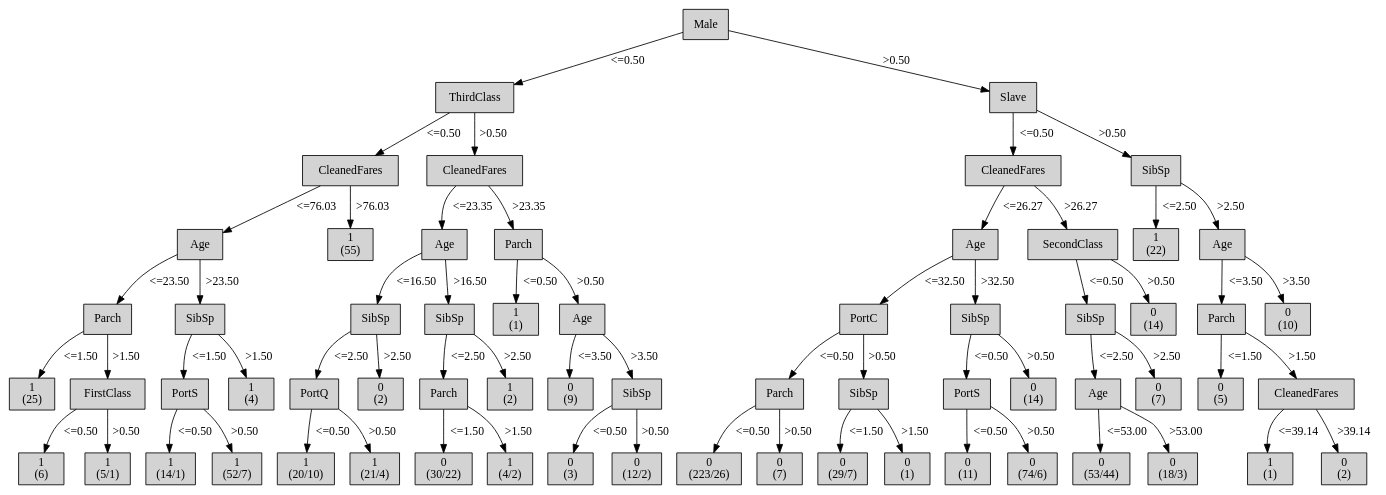
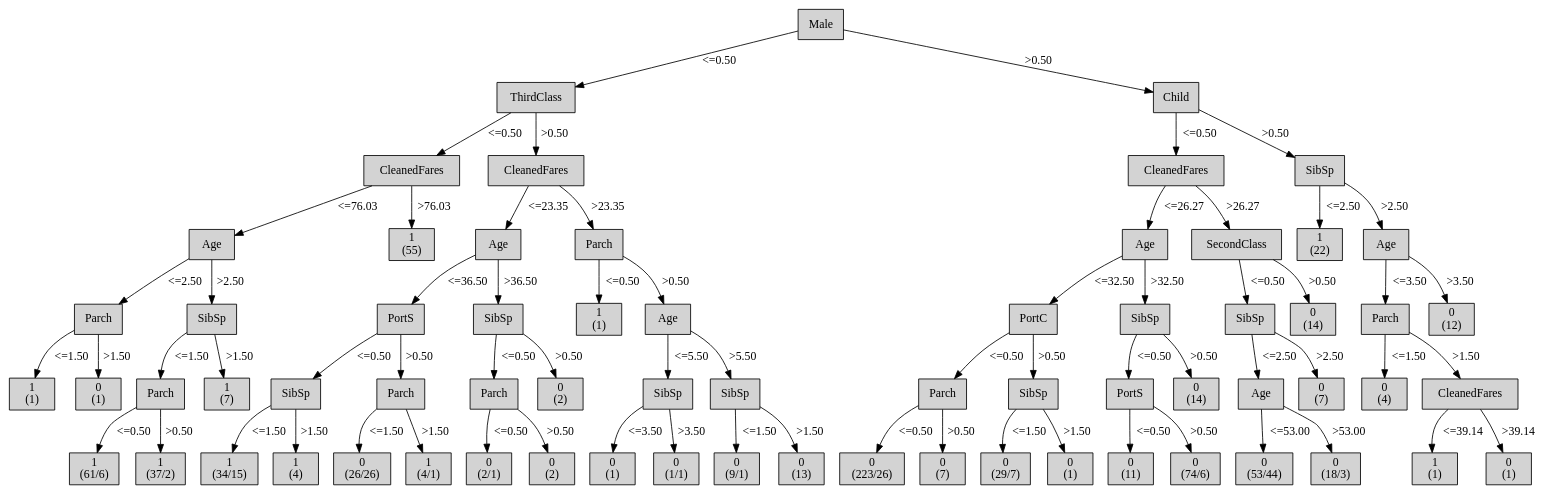
Before and after one commit to mklb/BI-Python3: the diagram in output/tree-generator-6/tree.dot, drawn with Graphviz. The commit also changed 14 other files, not shown here.

Commit message:
slave -> child

```diff
--- a/output/tree-generator-6/tree.dot
+++ b/output/tree-generator-6/tree.dot
@@ -12,89 +12,89 @@
 2 -> 3 [ label = "<=76.03"];
 "4" [shape=box, style=filled, label="Parch
 ", weight=5]
-3 -> 4 [ label = "<=23.50"];
+3 -> 4 [ label = "<=2.50"];
 "5" [shape=box, style=filled, label="1
-(25)
+(1)
 ", weight=6]
 4 -> 5 [ label = "<=1.50"];
-"6" [shape=box, style=filled, label="FirstClass
+"6" [shape=box, style=filled, label="0
+(1)
 ", weight=6]
 4 -> 6 [ label = ">1.50"];
-"7" [shape=box, style=filled, label="1
-(6)
+"7" [shape=box, style=filled, label="SibSp
+", weight=5]
+3 -> 7 [ label = ">2.50"];
+"8" [shape=box, style=filled, label="Parch
+", weight=6]
+7 -> 8 [ label = "<=1.50"];
+"9" [shape=box, style=filled, label="1
+(61/6)
 ", weight=7]
-6 -> 7 [ label = "<=0.50"];
-"8" [shape=box, style=filled, label="1
-(5/1)
+8 -> 9 [ label = "<=0.50"];
+"10" [shape=box, style=filled, label="1
+(37/2)
 ", weight=7]
-6 -> 8 [ label = ">0.50"];
-"9" [shape=box, style=filled, label="SibSp
-", weight=5]
-3 -> 9 [ label = ">23.50"];
-"10" [shape=box, style=filled, label="PortS
+8 -> 10 [ label = ">0.50"];
+"11" [shape=box, style=filled, label="1
+(7)
 ", weight=6]
-9 -> 10 [ label = "<=1.50"];
-"11" [shape=box, style=filled, label="1
-(14/1)
-", weight=7]
-10 -> 11 [ label = "<=0.50"];
+7 -> 11 [ label = ">1.50"];
 "12" [shape=box, style=filled, label="1
-(52/7)
-", weight=7]
-10 -> 12 [ label = ">0.50"];
-"13" [shape=box, style=filled, label="1
-(4)
-", weight=6]
-9 -> 13 [ label = ">1.50"];
-"14" [shape=box, style=filled, label="1
 (55)
 ", weight=4]
-2 -> 14 [ label = ">76.03"];
-"15" [shape=box, style=filled, label="CleanedFares
+2 -> 12 [ label = ">76.03"];
+"13" [shape=box, style=filled, label="CleanedFares
 ", weight=3]
-1 -> 15 [ label = ">0.50"];
-"16" [shape=box, style=filled, label="Age
+1 -> 13 [ label = ">0.50"];
+"14" [shape=box, style=filled, label="Age
 ", weight=4]
-15 -> 16 [ label = "<=23.35"];
-"17" [shape=box, style=filled, label="SibSp
+13 -> 14 [ label = "<=23.35"];
+"15" [shape=box, style=filled, label="PortS
 ", weight=5]
-16 -> 17 [ label = "<=16.50"];
-"18" [shape=box, style=filled, label="PortQ
+14 -> 15 [ label = "<=36.50"];
+"16" [shape=box, style=filled, label="SibSp
 ", weight=6]
-17 -> 18 [ label = "<=2.50"];
-"19" [shape=box, style=filled, label="1
-(20/10)
+15 -> 16 [ label = "<=0.50"];
+"17" [shape=box, style=filled, label="1
+(34/15)
 ", weight=7]
-18 -> 19 [ label = "<=0.50"];
-"20" [shape=box, style=filled, label="1
-(21/4)
+16 -> 17 [ label = "<=1.50"];
+"18" [shape=box, style=filled, label="1
+(4)
 ", weight=7]
-18 -> 20 [ label = ">0.50"];
-"21" [shape=box, style=filled, label="0
+16 -> 18 [ label = ">1.50"];
+"19" [shape=box, style=filled, label="Parch
+", weight=6]
+15 -> 19 [ label = ">0.50"];
+"20" [shape=box, style=filled, label="0
+(26/26)
+", weight=7]
+19 -> 20 [ label = "<=1.50"];
+"21" [shape=box, style=filled, label="1
+(4/1)
+", weight=7]
+19 -> 21 [ label = ">1.50"];
+"22" [shape=box, style=filled, label="SibSp
+", weight=5]
+14 -> 22 [ label = ">36.50"];
+"23" [shape=box, style=filled, label="Parch
+", weight=6]
+22 -> 23 [ label = "<=0.50"];
+"24" [shape=box, style=filled, label="0
+(2/1)
+", weight=7]
+23 -> 24 [ label = "<=0.50"];
+"25" [shape=box, style=filled, label="0
+(2)
+", weight=7]
+23 -> 25 [ label = ">0.50"];
+"26" [shape=box, style=filled, label="0
 (2)
 ", weight=6]
-17 -> 21 [ label = ">2.50"];
-"22" [shape=box, style=filled, label="SibSp
-", weight=5]
-16 -> 22 [ label = ">16.50"];
-"23" [shape=box, style=filled, label="Parch
-", weight=6]
-22 -> 23 [ label = "<=2.50"];
-"24" [shape=box, style=filled, label="0
-(30/22)
-", weight=7]
-23 -> 24 [ label = "<=1.50"];
-"25" [shape=box, style=filled, label="1
-(4/2)
-", weight=7]
-23 -> 25 [ label = ">1.50"];
-"26" [shape=box, style=filled, label="1
-(2)
-", weight=6]
-22 -> 26 [ label = ">2.50"];
+22 -> 26 [ label = ">0.50"];
 "27" [shape=box, style=filled, label="Parch
 ", weight=4]
-15 -> 27 [ label = ">23.35"];
+13 -> 27 [ label = ">23.35"];
 "28" [shape=box, style=filled, label="1
 (1)
 ", weight=5]
@@ -102,135 +102,142 @@
 "29" [shape=box, style=filled, label="Age
 ", weight=5]
 27 -> 29 [ label = ">0.50"];
-"30" [shape=box, style=filled, label="0
-(9)
+"30" [shape=box, style=filled, label="SibSp
 ", weight=6]
-29 -> 30 [ label = "<=3.50"];
-"31" [shape=box, style=filled, label="SibSp
+29 -> 30 [ label = "<=5.50"];
+"31" [shape=box, style=filled, label="0
+(1)
+", weight=7]
+30 -> 31 [ label = "<=3.50"];
+"32" [shape=box, style=filled, label="0
+(1/1)
+", weight=7]
+30 -> 32 [ label = ">3.50"];
+"33" [shape=box, style=filled, label="SibSp
 ", weight=6]
-29 -> 31 [ label = ">3.50"];
-"32" [shape=box, style=filled, label="0
-(3)
+29 -> 33 [ label = ">5.50"];
+"34" [shape=box, style=filled, label="0
+(9/1)
 ", weight=7]
-31 -> 32 [ label = "<=0.50"];
-"33" [shape=box, style=filled, label="0
-(12/2)
+33 -> 34 [ label = "<=1.50"];
+"35" [shape=box, style=filled, label="0
+(13)
 ", weight=7]
-31 -> 33 [ label = ">0.50"];
-"34" [shape=box, style=filled, label="Slave
+33 -> 35 [ label = ">1.50"];
+"36" [shape=box, style=filled, label="Child
 ", weight=2]
-0 -> 34 [ label = ">0.50"];
-"35" [shape=box, style=filled, label="CleanedFares
+0 -> 36 [ label = ">0.50"];
+"37" [shape=box, style=filled, label="CleanedFares
 ", weight=3]
-34 -> 35 [ label = "<=0.50"];
-"36" [shape=box, style=filled, label="Age
+36 -> 37 [ label = "<=0.50"];
+"38" [shape=box, style=filled, label="Age
 ", weight=4]
-35 -> 36 [ label = "<=26.27"];
-"37" [shape=box, style=filled, label="PortC
+37 -> 38 [ label = "<=26.27"];
+"39" [shape=box, style=filled, label="PortC
 ", weight=5]
-36 -> 37 [ label = "<=32.50"];
-"38" [shape=box, style=filled, label="Parch
+38 -> 39 [ label = "<=32.50"];
+"40" [shape=box, style=filled, label="Parch
 ", weight=6]
-37 -> 38 [ label = "<=0.50"];
-"39" [shape=box, style=filled, label="0
+39 -> 40 [ label = "<=0.50"];
+"41" [shape=box, style=filled, label="0
 (223/26)
 ", weight=7]
-38 -> 39 [ label = "<=0.50"];
-"40" [shape=box, style=filled, label="0
+40 -> 41 [ label = "<=0.50"];
+"42" [shape=box, style=filled, label="0
 (7)
 ", weight=7]
-38 -> 40 [ label = ">0.50"];
-"41" [shape=box, style=filled, label="SibSp
+40 -> 42 [ label = ">0.50"];
+"43" [shape=box, style=filled, label="SibSp
 ", weight=6]
-37 -> 41 [ label = ">0.50"];
-"42" [shape=box, style=filled, label="0
+39 -> 43 [ label = ">0.50"];
+"44" [shape=box, style=filled, label="0
 (29/7)
 ", weight=7]
-41 -> 42 [ label = "<=1.50"];
-"43" [shape=box, style=filled, label="0
+43 -> 44 [ label = "<=1.50"];
+"45" [shape=box, style=filled, label="0
 (1)
 ", weight=7]
-41 -> 43 [ label = ">1.50"];
-"44" [shape=box, style=filled, label="SibSp
+43 -> 45 [ label = ">1.50"];
+"46" [shape=box, style=filled, label="SibSp
 ", weight=5]
-36 -> 44 [ label = ">32.50"];
-"45" [shape=box, style=filled, label="PortS
+38 -> 46 [ label = ">32.50"];
+"47" [shape=box, style=filled, label="PortS
 ", weight=6]
-44 -> 45 [ label = "<=0.50"];
-"46" [shape=box, style=filled, label="0
+46 -> 47 [ label = "<=0.50"];
+"48" [shape=box, style=filled, label="0
 (11)
 ", weight=7]
-45 -> 46 [ label = "<=0.50"];
-"47" [shape=box, style=filled, label="0
+47 -> 48 [ label = "<=0.50"];
+"49" [shape=box, style=filled, label="0
 (74/6)
 ", weight=7]
-45 -> 47 [ label = ">0.50"];
-"48" [shape=box, style=filled, label="0
+47 -> 49 [ label = ">0.50"];
+"50" [shape=box, style=filled, label="0
 (14)
 ", weight=6]
-44 -> 48 [ label = ">0.50"];
-"49" [shape=box, style=filled, label="SecondClass
+46 -> 50 [ label = ">0.50"];
+"51" [shape=box, style=filled, label="SecondClass
 ", weight=4]
-35 -> 49 [ label = ">26.27"];
-"50" [shape=box, style=filled, label="SibSp
+37 -> 51 [ label = ">26.27"];
+"52" [shape=box, style=filled, label="SibSp
 ", weight=5]
-49 -> 50 [ label = "<=0.50"];
-"51" [shape=box, style=filled, label="Age
+51 -> 52 [ label = "<=0.50"];
+"53" [shape=box, style=filled, label="Age
 ", weight=6]
-50 -> 51 [ label = "<=2.50"];
-"52" [shape=box, style=filled, label="0
+52 -> 53 [ label = "<=2.50"];
+"54" [shape=box, style=filled, label="0
 (53/44)
 ", weight=7]
-51 -> 52 [ label = "<=53.00"];
-"53" [shape=box, style=filled, label="0
+53 -> 54 [ label = "<=53.00"];
+"55" [shape=box, style=filled, label="0
 (18/3)
 ", weight=7]
-51 -> 53 [ label = ">53.00"];
-"54" [shape=box, style=filled, label="0
+53 -> 55 [ label = ">53.00"];
+"56" [shape=box, style=filled, label="0
 (7)
 ", weight=6]
-50 -> 54 [ label = ">2.50"];
-"55" [shape=box, style=filled, label="0
+52 -> 56 [ label = ">2.50"];
+"57" [shape=box, style=filled, label="0
 (14)
 ", weight=5]
-49 -> 55 [ label = ">0.50"];
-"56" [shape=box, style=filled, label="SibSp
+51 -> 57 [ label = ">0.50"];
+"58" [shape=box, style=filled, label="SibSp
 ", weight=3]
-34 -> 56 [ label = ">0.50"];
-"57" [shape=box, style=filled, label="1
+36 -> 58 [ label = ">0.50"];
+"59" [shape=box, style=filled, label="1
 (22)
 ", weight=4]
-56 -> 57 [ label = "<=2.50"];
-"58" [shape=box, style=filled, label="Age
+58 -> 59 [ label = "<=2.50"];
+"60" [shape=box, style=filled, label="Age
 ", weight=4]
-56 -> 58 [ label = ">2.50"];
-"59" [shape=box, style=filled, label="Parch
+58 -> 60 [ label = ">2.50"];
+"61" [shape=box, style=filled, label="Parch
 ", weight=5]
-58 -> 59 [ label = "<=3.50"];
-"60" [shape=box, style=filled, label="0
-(5)
+60 -> 61 [ label = "<=3.50"];
+"62" [shape=box, style=filled, label="0
+(4)
 ", weight=6]
-59 -> 60 [ label = "<=1.50"];
-"61" [shape=box, style=filled, label="CleanedFares
+61 -> 62 [ label = "<=1.50"];
+"63" [shape=box, style=filled, label="CleanedFares
 ", weight=6]
-59 -> 61 [ label = ">1.50"];
-"62" [shape=box, style=filled, label="1
+61 -> 63 [ label = ">1.50"];
+"64" [shape=box, style=filled, label="1
 (1)
 ", weight=7]
-61 -> 62 [ label = "<=39.14"];
-"63" [shape=box, style=filled, label="0
-(2)
+63 -> 64 [ label = "<=39.14"];
+"65" [shape=box, style=filled, label="0
+(1)
 ", weight=7]
-61 -> 63 [ label = ">39.14"];
-"64" [shape=box, style=filled, label="0
-(10)
+63 -> 65 [ label = ">39.14"];
+"66" [shape=box, style=filled, label="0
+(12)
 ", weight=5]
-58 -> 64 [ label = ">3.50"];
+60 -> 66 [ label = ">3.50"];
 {rank=same; 0;};
-{rank=same; 1;34;};
-{rank=same; 2;15;35;56;};
-{rank=same; 3;14;16;27;36;49;57;58;};
-{rank=same; 4;9;17;22;28;29;37;44;50;55;59;64;};
-{rank=same; 5;6;10;13;18;21;23;26;30;31;38;41;45;48;51;54;60;61;};
-{rank=same; 7;8;11;12;19;20;24;25;32;33;39;40;42;43;46;47;52;53;62;63;};
+{rank=same; 1;36;};
+{rank=same; 2;13;37;58;};
+{rank=same; 3;12;14;27;38;51;59;60;};
+{rank=same; 4;7;15;22;28;29;39;46;52;57;61;66;};
+{rank=same; 5;6;8;11;16;19;23;26;30;33;40;43;47;50;53;56;62;63;};
+{rank=same; 9;10;17;18;20;21;24;25;31;32;34;35;41;42;44;45;48;49;54;55;64;65;};
 }
```
